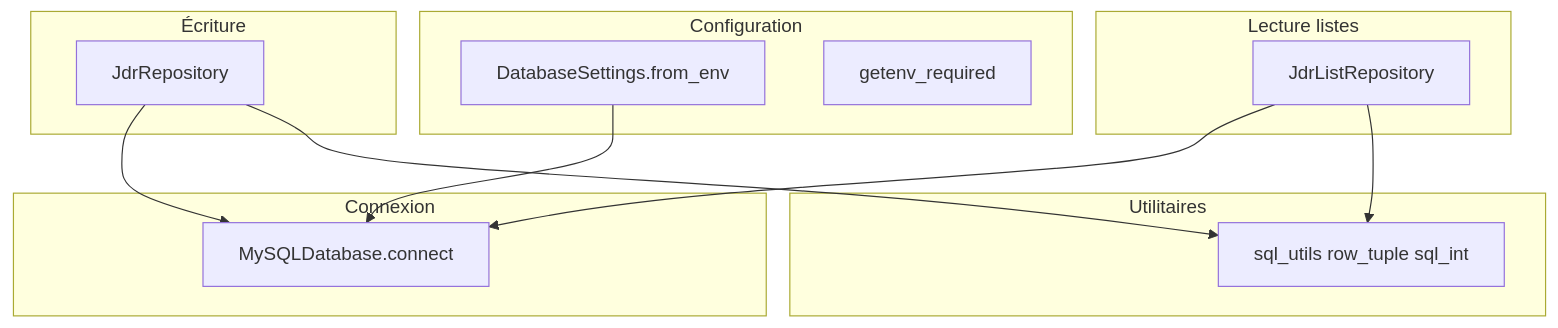
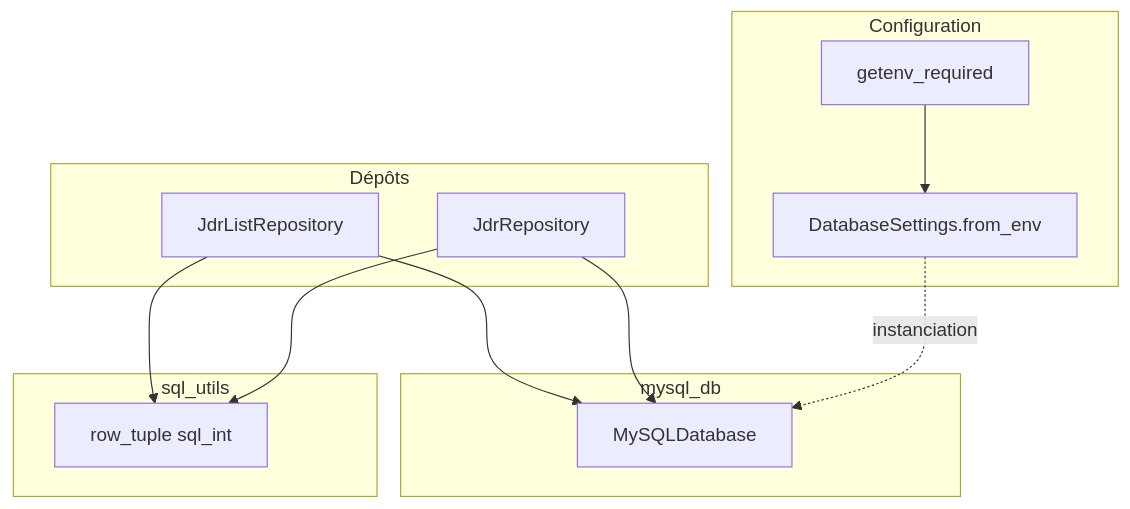
One commit to Primica/exampy changed the diagram in docs/database/modules.md. Above: the diagram before and after it, drawn with Mermaid. The commit also changed other lines of this file and 8 other files, not shown here.

````diff
--- a/docs/database/modules.md
+++ b/docs/database/modules.md
@@ -5,24 +5,23 @@
 ```mermaid
 flowchart TB
-  subgraph config [Configuration]
-    DBSettings[DatabaseSettings.from_env]
-    Getenv[getenv_required]
+  subgraph configuration [Configuration]
+    GE[getenv_required]
+    DS[DatabaseSettings.from_env]
+    GE --> DS
   end
-  subgraph conn [Connexion]
-    MySQLDB[MySQLDatabase.connect]
+  subgraph connexion [mysql_db]
+    MD[MySQLDatabase]
   end
-  subgraph write [Écriture]
-    JdrW[JdrRepository]
+  subgraph depots [Dépôts]
+    JR[JdrRepository]
+    JL[JdrListRepository]
   end
-  subgraph read [Lecture listes]
-    JdrR[JdrListRepository]
+  subgraph utilitaire [sql_utils]
+    SU[row_tuple sql_int]
   end
-  subgraph util [Utilitaires]
-    SqlU[sql_utils row_tuple sql_int]
-  end
-  DBSettings --> MySQLDB
-  JdrW --> MySQLDB
-  JdrR --> MySQLDB
-  JdrW --> SqlU
-  JdrR --> SqlU
+  DS -.->|instanciation| MD
+  JR --> MD
+  JL --> MD
+  JR --> SU
+  JL --> SU
 ```
````
